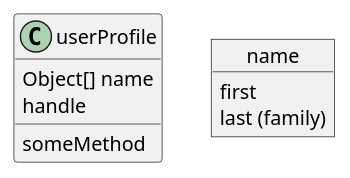
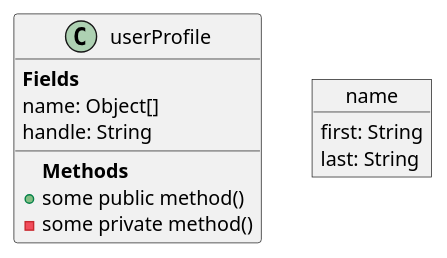
The diagram in src/app/odm/uml/userProfile.puml (TwoFistedJustice/manifold), drawn with PlantUML before and after one commit. The commit also changed 2 other files, not shown here.

Commit message:
Clean up UML

```diff
--- a/src/app/odm/uml/userProfile.puml
+++ b/src/app/odm/uml/userProfile.puml
@@ -1,15 +1,18 @@
 @startuml
 
 class userProfile {
-{field} Object[] name
-{field} handle
+{field} <b>Fields</b>
+name: Object[]
+handle: String
 
-{method} someMethod
+{method}<b>Methods</b>
++some public method()
+-some private method()
 }
 
 object name {
-first
-last (family)
+first: String
+last: String
 }
 
 @enduml
```
